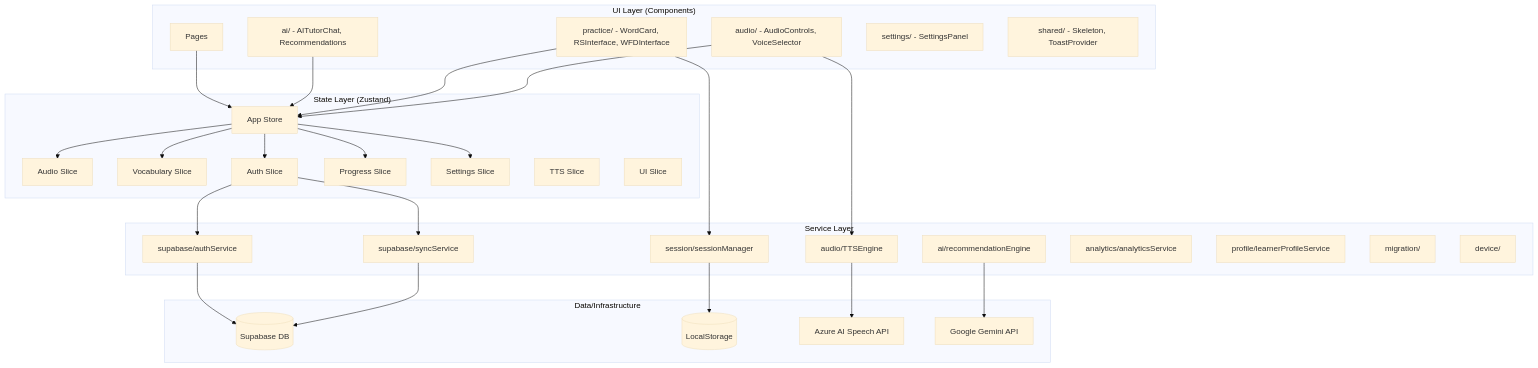
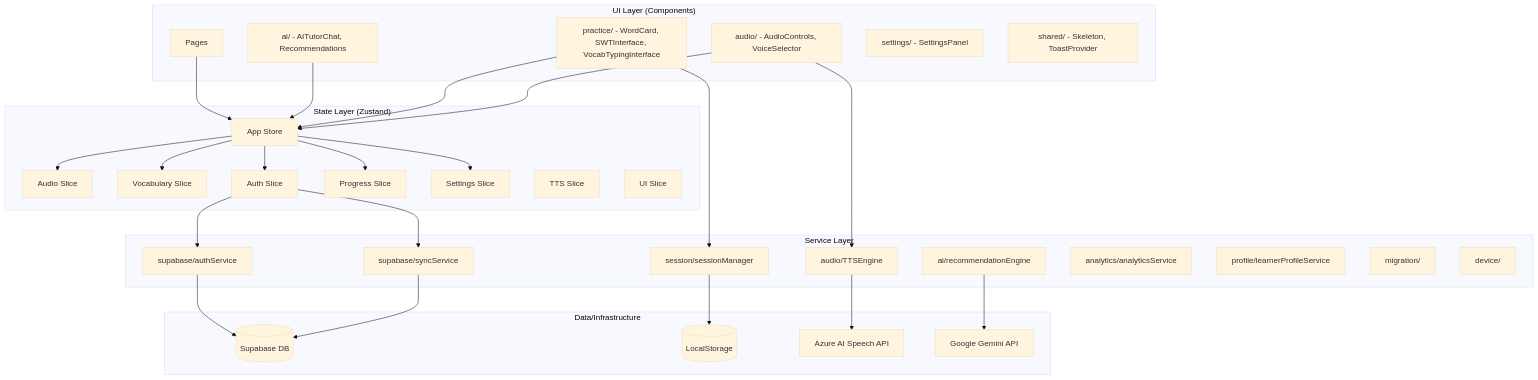
One commit to david3xu/pte-pronunciation-trainer changed the diagram in docs/MODULES.md. Above: the diagram before and after it, drawn with Mermaid (base theme). The commit also changed 26 other files, not shown here.

````diff
--- a/docs/MODULES.md
+++ b/docs/MODULES.md
@@ -9,67 +9,67 @@
 ```mermaid
 graph TD
     subgraph "UI Layer (Components)"
         Page[Pages]
         AI[ai/ - AITutorChat, Recommendations]
         Audio[audio/ - AudioControls, VoiceSelector]
-        Practice[practice/ - WordCard, RSInterface, WFDInterface]
+        Practice[practice/ - WordCard, SWTInterface, VocabTypingInterface]
         Settings[settings/ - SettingsPanel]
         Shared[shared/ - Skeleton, ToastProvider]
     end
 
     subgraph "State Layer (Zustand)"
         Store[App Store]
         Slice1[Audio Slice]
         Slice2[Vocabulary Slice]
         Slice3[Auth Slice]
         Slice4[Progress Slice]
         Slice5[Settings Slice]
         Slice6[TTS Slice]
         Slice7[UI Slice]
     end
 
     subgraph "Service Layer"
         AuthSvc[supabase/authService]
         SyncSvc[supabase/syncService]
         SessionSvc[session/sessionManager]
         TTSSvc[audio/TTSEngine]
         AISvc[ai/recommendationEngine]
         AnalyticsSvc[analytics/analyticsService]
         ProfileSvc[profile/learnerProfileService]
         MigrationSvc[migration/]
         DeviceSvc[device/]
     end
 
     subgraph "Data/Infrastructure"
         Supabase[(Supabase DB)]
         LocalStorage[(LocalStorage)]
         AzureSpeechAPI[Azure AI Speech API]
         GeminiAPI[Google Gemini API]
     end
 
     %% Component to Store interactions
     Page --> Store
     AI --> Store
     Practice --> Store
     Audio --> Store
 
     %% Store updates slices
     Store --> Slice1
     Store --> Slice2
     Store --> Slice3
     Store --> Slice4
     Store --> Slice5
 
     %% Service calls
     Slice3 --> AuthSvc
     Slice3 --> SyncSvc
     Practice --> SessionSvc
     Audio --> TTSSvc
 
     %% External API calls
     AuthSvc --> Supabase
     SyncSvc --> Supabase
     SessionSvc --> LocalStorage
     TTSSvc --> AzureSpeechAPI
     AISvc --> GeminiAPI
 ```
````
